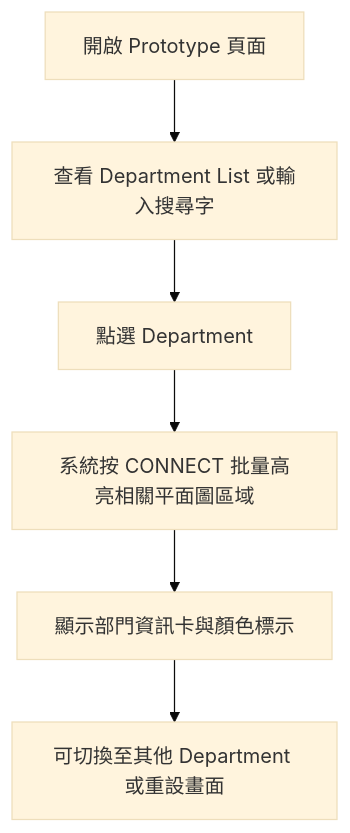
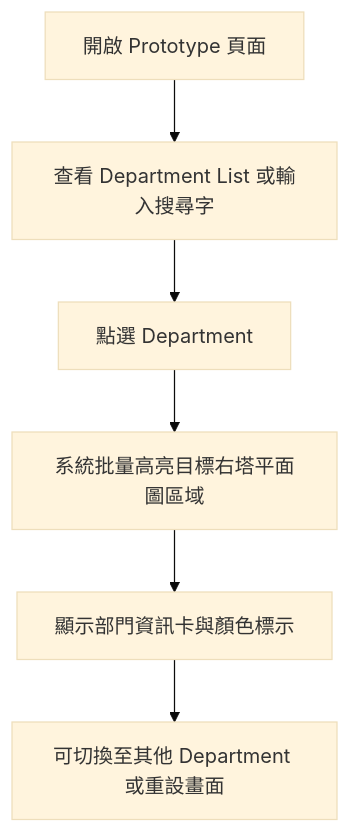
Before and after one commit to wilsonlcf1216-lab/twins-tower: the diagram in .trae/documents/prototype-prd.md, drawn with Mermaid (base theme). The commit also changed other lines of this file and 2 other files, not shown here.

````diff
--- a/.trae/documents/prototype-prd.md
+++ b/.trae/documents/prototype-prd.md
@@ -31,8 +31,8 @@
 ```mermaid
 flowchart TD
     A["開啟 Prototype 頁面"] --> B["查看 Department List 或輸入搜尋字"]
     B --> C["點選 Department"]
-    C --> D["系統按 CONNECT 批量高亮相關平面圖區域"]
+    C --> D["系統批量高亮目標右塔平面圖區域"]
     D --> E["顯示部門資訊卡與顏色標示"]
     E --> F["可切換至其他 Department 或重設畫面"]
 ```
````
